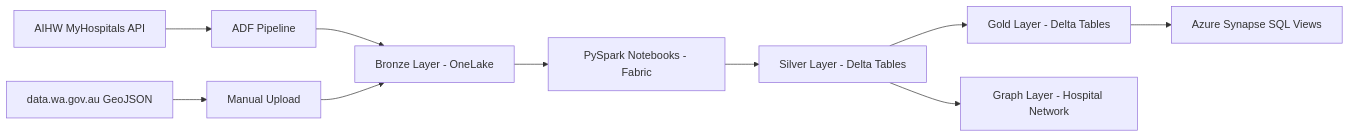
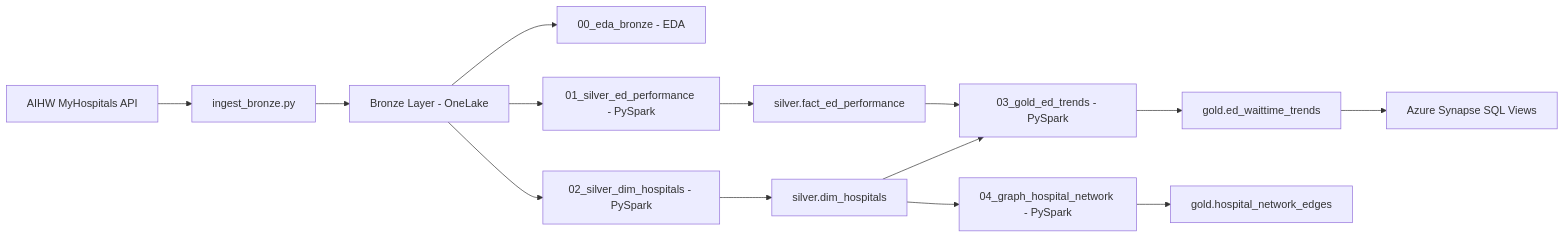
The diagram in README.md (david3xu/wa-health-ed-pipeline), drawn with Mermaid before and after one commit. The commit also changed other lines of this file, not shown here.

First line of the commit message:
Update README to reflect actual implemented architecture

````diff
--- a/README.md
+++ b/README.md
@@ -11,12 +11,16 @@
 ```mermaid
 graph LR
-    A[AIHW MyHospitals API] --> B[ADF Pipeline]
-    C[data.wa.gov.au GeoJSON] --> D[Manual Upload]
-    B --> E[Bronze Layer - OneLake]
-    D --> E
-    E --> F[PySpark Notebooks - Fabric]
-    F --> G[Silver Layer - Delta Tables]
-    G --> H[Gold Layer - Delta Tables]
-    H --> I[Azure Synapse SQL Views]
-    G --> J[Graph Layer - Hospital Network]
+    A[AIHW MyHospitals API] --> B[ingest_bronze.py]
+    B --> C[Bronze Layer - OneLake]
+    C --> D[00_eda_bronze - EDA]
+    C --> E[01_silver_ed_performance - PySpark]
+    C --> F[02_silver_dim_hospitals - PySpark]
+    E --> G[silver.fact_ed_performance]
+    F --> H[silver.dim_hospitals]
+    G --> I[03_gold_ed_trends - PySpark]
+    H --> I
+    I --> J[gold.ed_waittime_trends]
+    J --> K[Azure Synapse SQL Views]
+    H --> L[04_graph_hospital_network - PySpark]
+    L --> M[gold.hospital_network_edges]
 ```
````
